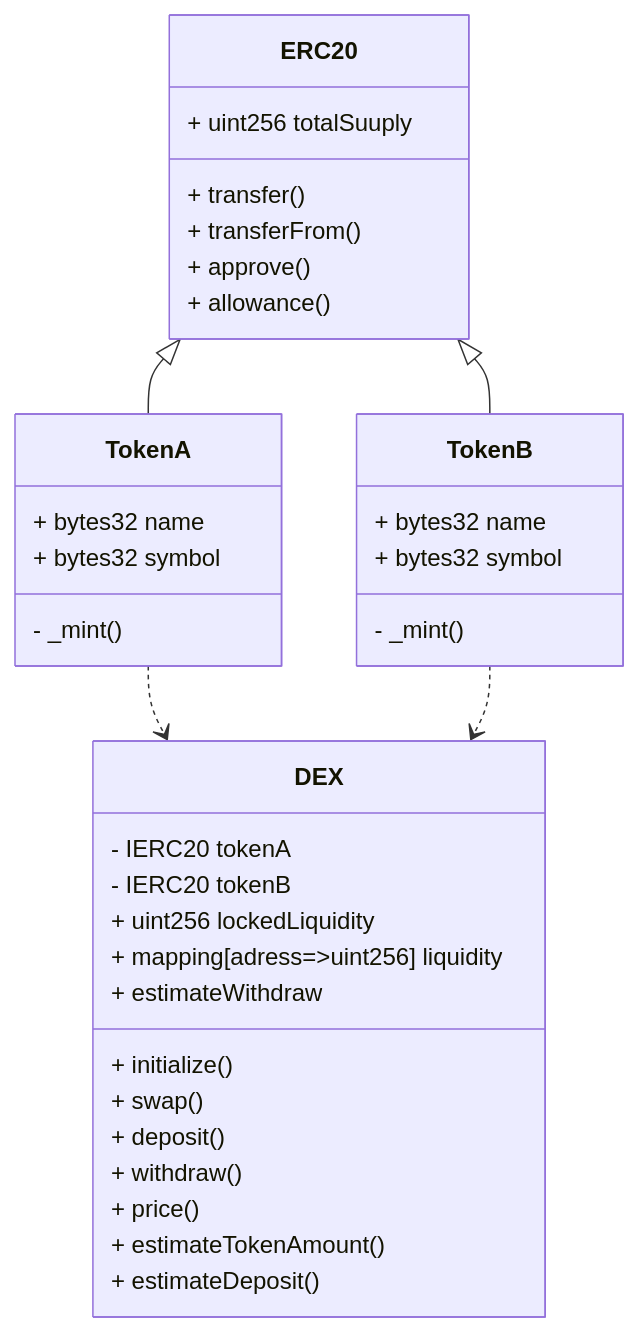
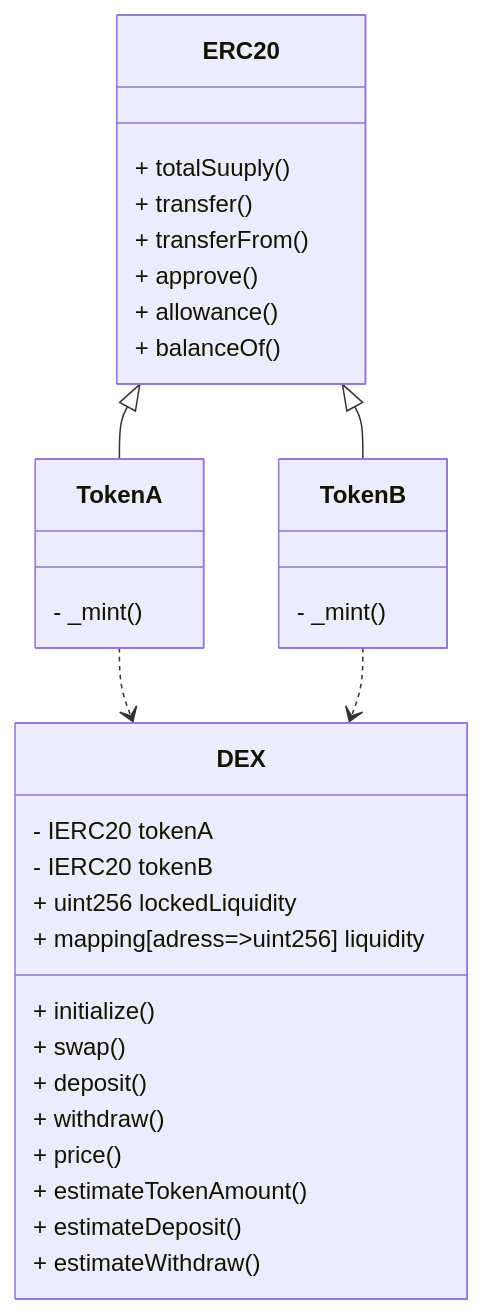
One commit to vasemkin/dex changed the diagram in diagrams/class.md. Above: the diagram before and after it, drawn with Mermaid.

````diff
--- a/diagrams/class.md
+++ b/diagrams/class.md
@@ -1,44 +1,40 @@
 ```mermaid
 classDiagram
     class DEX {
         - IERC20 tokenA
         - IERC20 tokenB
         + uint256 lockedLiquidity
         + mapping[adress=>uint256] liquidity
         + initialize()
         + swap()
         + deposit()
         + withdraw()
         + price()
         + estimateTokenAmount()
         + estimateDeposit()
-        + estimateWithdraw
+        + estimateWithdraw()
     }
 
     class TokenA {
-        + bytes32 name
-        + bytes32 symbol
         - _mint()
     }
 
     class TokenB {
-        + bytes32 name
-        + bytes32 symbol
         - _mint()
     }
 
     class ERC20 {
-        + uint256 totalSuuply
+        + totalSuuply()
         + transfer()
         + transferFrom()
         + approve()
         + allowance()
+        + balanceOf()
     }
 
     ERC20 <|-- TokenA
     ERC20 <|-- TokenB
 
     TokenA ..> DEX
     TokenB ..> DEX
-
 ```
````
